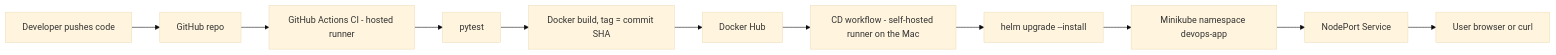
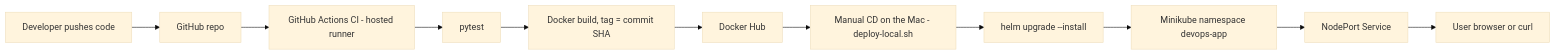
The diagram in README.md (chander-m5487/devops-cicd-project), drawn with Mermaid (base theme) before and after one commit. The commit also changed other lines of this file and 1 other file, not shown here.

Commit message:
ci: make CD workflow manual-only; deploy locally with deploy-local.sh

````diff
--- a/README.md
+++ b/README.md
@@ -289,13 +289,13 @@
 ```mermaid
 flowchart LR
   dev[Developer pushes code] --> gh[GitHub repo]
   gh --> ci[GitHub Actions CI - hosted runner]
   ci --> test[pytest]
   test --> build[Docker build, tag = commit SHA]
   build --> hub[Docker Hub]
-  hub --> cd[CD workflow - self-hosted runner on the Mac]
+  hub --> cd[Manual CD on the Mac - deploy-local.sh]
   cd --> helm[helm upgrade --install]
   helm --> mk[Minikube namespace devops-app]
   mk --> svc[NodePort Service]
   svc --> user[User browser or curl]
 ```
````
